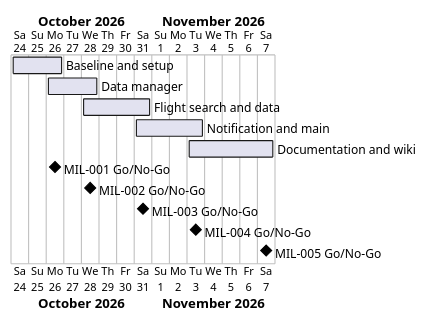
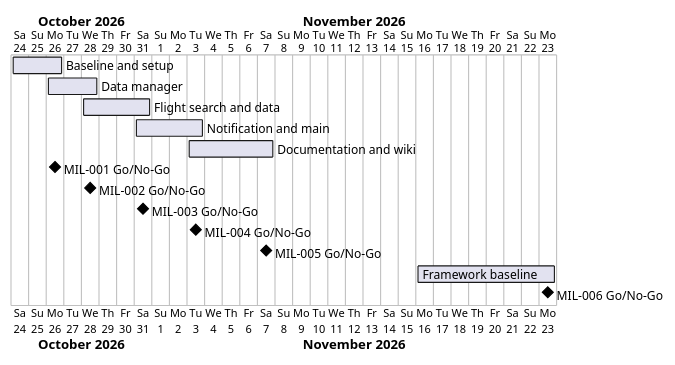
Before and after one commit to Tirsvad-Udemy-100-days-of-code/039-personal-flight-club: the diagram in docs/project-plan.md, drawn with PlantUML. The commit also changed other lines of this file and 21 other files, not shown here.

First line of the commit message:
MIL-006 Framework baseline

````diff
--- a/docs/project-plan.md
+++ b/docs/project-plan.md
@@ -39,15 +42,17 @@
 ```plantuml
 @startgantt
 Project starts 2026-10-24
 [Baseline and setup] starts 2026-10-24 and ends 2026-10-26
 [Data manager] starts 2026-10-26 and ends 2026-10-28
 [Flight search and data] starts 2026-10-28 and ends 2026-10-31
 [Notification and main] starts 2026-10-31 and ends 2026-11-03
 [Documentation and wiki] starts 2026-11-03 and ends 2026-11-07
 [MIL-001 Go/No-Go] happens 2026-10-26
 [MIL-002 Go/No-Go] happens 2026-10-28
 [MIL-003 Go/No-Go] happens 2026-10-31
 [MIL-004 Go/No-Go] happens 2026-11-03
 [MIL-005 Go/No-Go] happens 2026-11-07
+[Framework baseline] starts 2026-11-16 and ends 2026-11-23
+[MIL-006 Go/No-Go] happens 2026-11-23
 @endgantt
 ```
````
